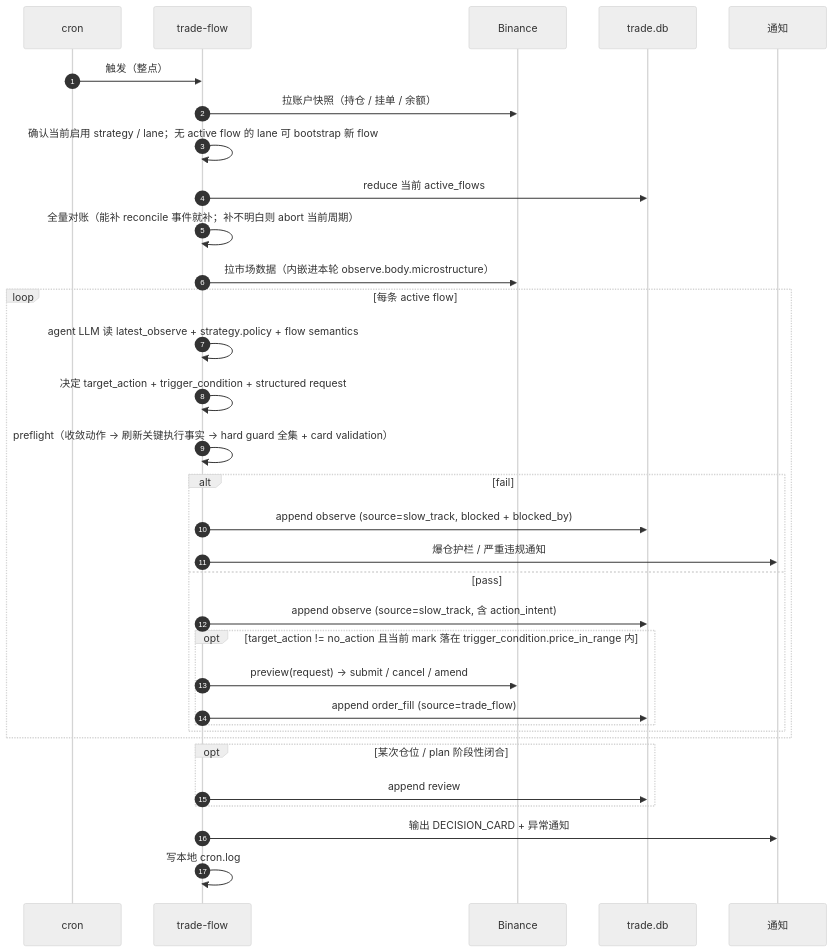
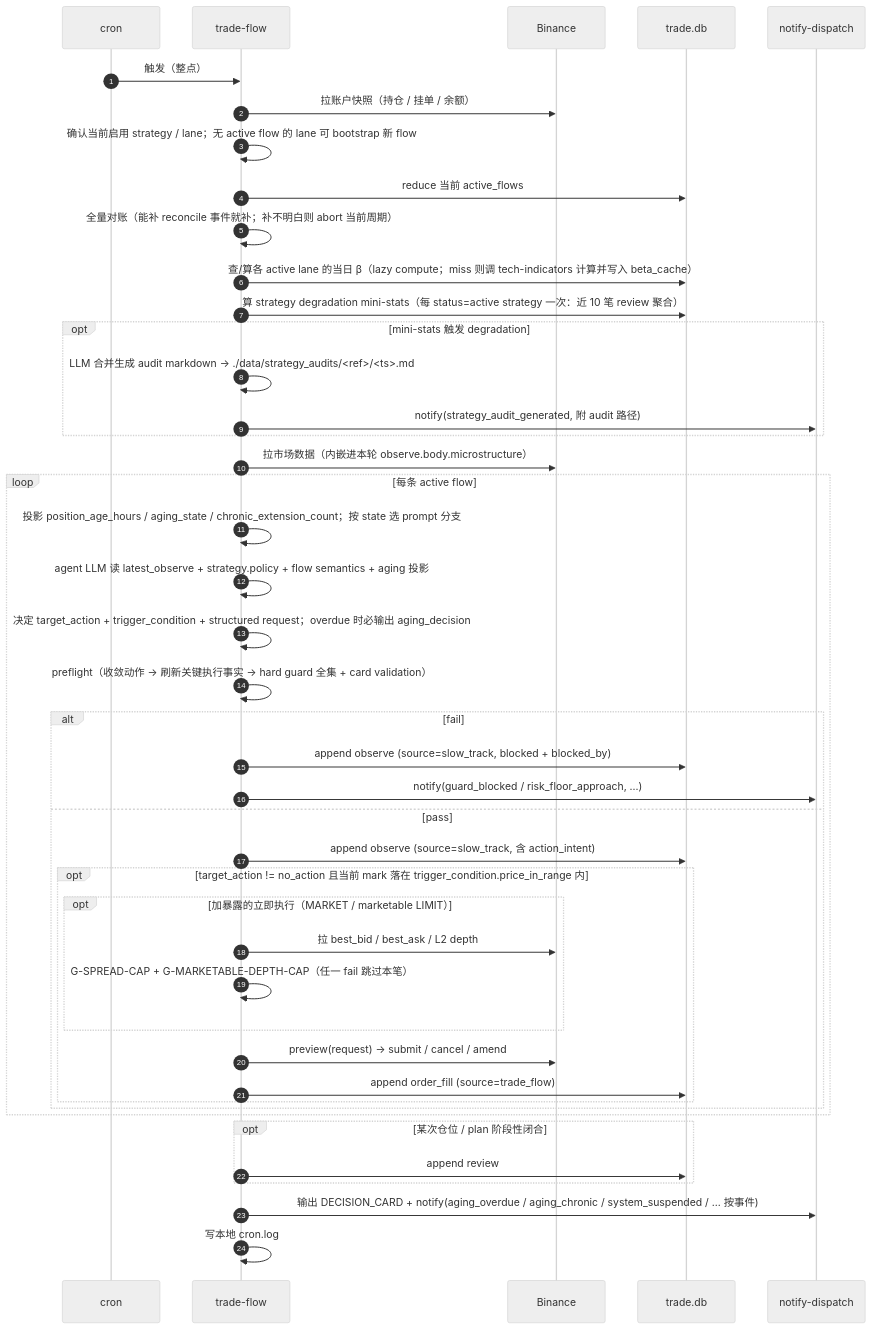
One commit to qOeOp/trade changed the first of 2 diagrams in docs/design-architecture.md. Above: the diagram before and after it, drawn with Mermaid (neutral theme). The commit also changed other lines of this file, not shown here.

First line of the commit message:
docs(architecture): collapse fast-track LLM to orchestrator + expand hard guards

````diff
--- a/docs/design-architecture.md
+++ b/docs/design-architecture.md
@@ -518,39 +929,50 @@
 ```mermaid
 sequenceDiagram
     autonumber
     participant C as cron
     participant TF as trade-flow
     participant BN as Binance
     participant DB as trade.db
-    participant N as 通知
+    participant N as notify-dispatch
 
     C->>TF: 触发（整点）
     TF->>BN: 拉账户快照（持仓 / 挂单 / 余额）
     TF->>TF: 确认当前启用 strategy / lane；无 active flow 的 lane 可 bootstrap 新 flow
     TF->>DB: reduce 当前 active_flows
     TF->>TF: 全量对账（能补 reconcile 事件就补；补不明白则 abort 当前周期）
+    TF->>DB: 查/算各 active lane 的当日 β（lazy compute；miss 则调 tech-indicators 计算并写入 beta_cache）
+    TF->>DB: 算 strategy degradation mini-stats（每 status=active strategy 一次：近 10 笔 review 聚合）
+    opt mini-stats 触发 degradation
+        TF->>TF: LLM 合并生成 audit markdown → ./data/strategy_audits/<ref>/<ts>.md
+        TF->>N: notify(strategy_audit_generated, 附 audit 路径)
+    end
     TF->>BN: 拉市场数据（内嵌进本轮 observe.body.microstructure）
 
     loop 每条 active flow
-        TF->>TF: agent LLM 读 latest_observe + strategy.policy + flow semantics
-        TF->>TF: 决定 target_action + trigger_condition + structured request
+        TF->>TF: 投影 position_age_hours / aging_state / chronic_extension_count；按 state 选 prompt 分支
+        TF->>TF: agent LLM 读 latest_observe + strategy.policy + flow semantics + aging 投影
+        TF->>TF: 决定 target_action + trigger_condition + structured request；overdue 时必输出 aging_decision
         TF->>TF: preflight（收敛动作 → 刷新关键执行事实 → hard guard 全集 + card validation）
         alt fail
             TF->>DB: append observe (source=slow_track, blocked + blocked_by)
-            TF->>N: 爆仓护栏 / 严重违规通知
+            TF->>N: notify(guard_blocked / risk_floor_approach, ...)
         else pass
             TF->>DB: append observe (source=slow_track, 含 action_intent)
             opt target_action != no_action 且当前 mark 落在 trigger_condition.price_in_range 内
+                opt 加暴露的立即执行（MARKET / marketable LIMIT）
+                    TF->>BN: 拉 best_bid / best_ask / L2 depth
+                    TF->>TF: G-SPREAD-CAP + G-MARKETABLE-DEPTH-CAP（任一 fail 跳过本笔）
+                end
                 TF->>BN: preview(request) → submit / cancel / amend
                 TF->>DB: append order_fill (source=trade_flow)
             end
         end
     end
 
     opt 某次仓位 / plan 阶段性闭合
         TF->>DB: append review
     end
 
-    TF->>N: 输出 DECISION_CARD + 异常通知
+    TF->>N: 输出 DECISION_CARD + notify(aging_overdue / aging_chronic / system_suspended / ... 按事件)
     TF->>TF: 写本地 cron.log
 ```
````
